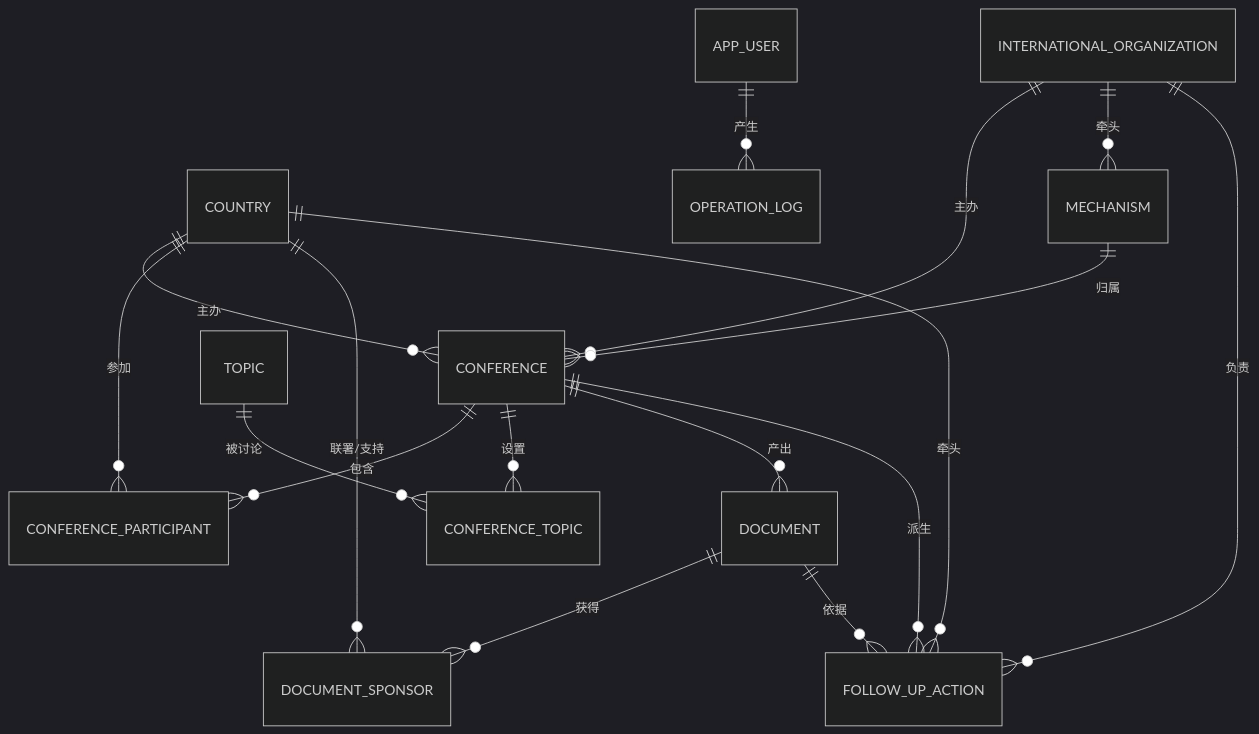
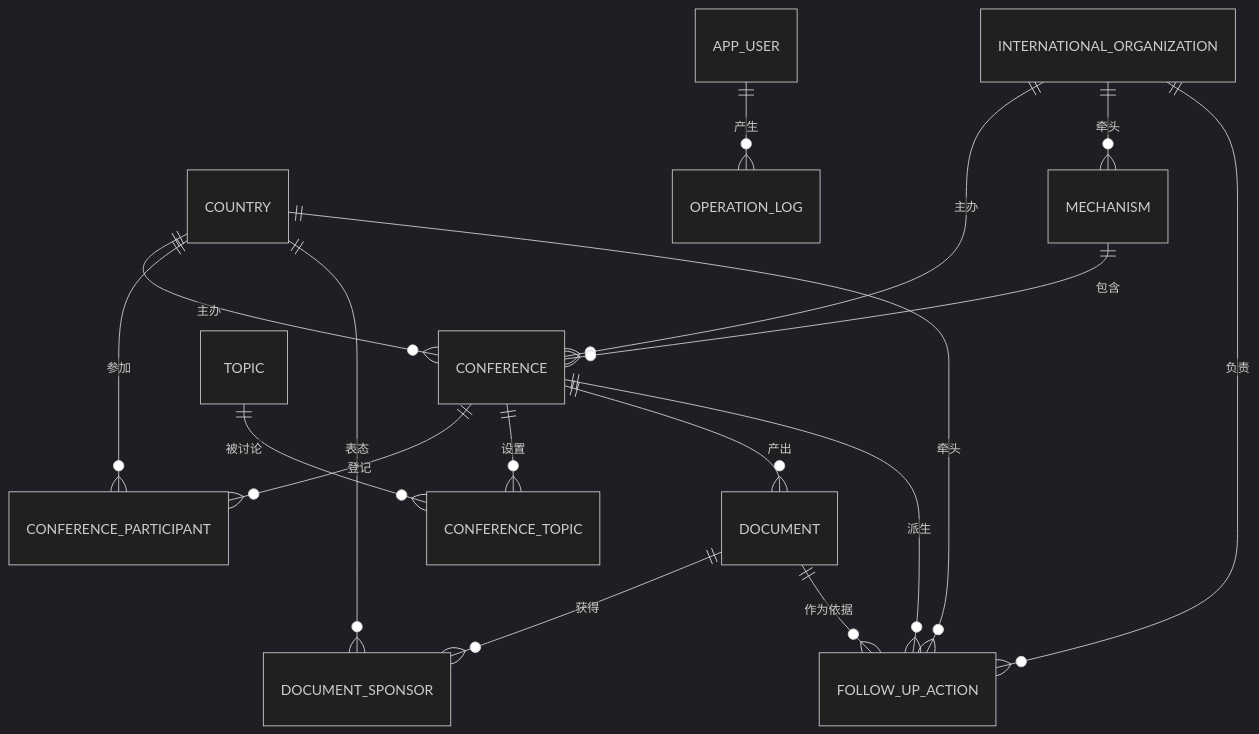
Before and after one commit to MuChen-ye/multilateral-diplomacy-system-schoolwork-: the fourth of 4 diagrams in project/README.md, drawn with Mermaid (dark theme). The commit also changed other lines of this file and 7 other files, not shown here.

````diff
--- a/project/README.md
+++ b/project/README.md
@@ -107,19 +107,19 @@
 ```mermaid
 erDiagram
     COUNTRY ||--o{ CONFERENCE : "主办"
     COUNTRY ||--o{ CONFERENCE_PARTICIPANT : "参加"
-    COUNTRY ||--o{ DOCUMENT_SPONSOR : "联署/支持"
+    COUNTRY ||--o{ DOCUMENT_SPONSOR : "表态"
     COUNTRY ||--o{ FOLLOW_UP_ACTION : "牵头"
     INTERNATIONAL_ORGANIZATION ||--o{ CONFERENCE : "主办"
     INTERNATIONAL_ORGANIZATION ||--o{ MECHANISM : "牵头"
     INTERNATIONAL_ORGANIZATION ||--o{ FOLLOW_UP_ACTION : "负责"
-    MECHANISM ||--o{ CONFERENCE : "归属"
-    CONFERENCE ||--o{ CONFERENCE_PARTICIPANT : "包含"
+    MECHANISM ||--o{ CONFERENCE : "包含"
+    CONFERENCE ||--o{ CONFERENCE_PARTICIPANT : "登记"
     CONFERENCE ||--o{ CONFERENCE_TOPIC : "设置"
     TOPIC ||--o{ CONFERENCE_TOPIC : "被讨论"
     CONFERENCE ||--o{ DOCUMENT : "产出"
     DOCUMENT ||--o{ DOCUMENT_SPONSOR : "获得"
     CONFERENCE ||--o{ FOLLOW_UP_ACTION : "派生"
-    DOCUMENT ||--o{ FOLLOW_UP_ACTION : "依据"
+    DOCUMENT ||--o{ FOLLOW_UP_ACTION : "作为依据"
     APP_USER ||--o{ OPERATION_LOG : "产生"
 ```
````
